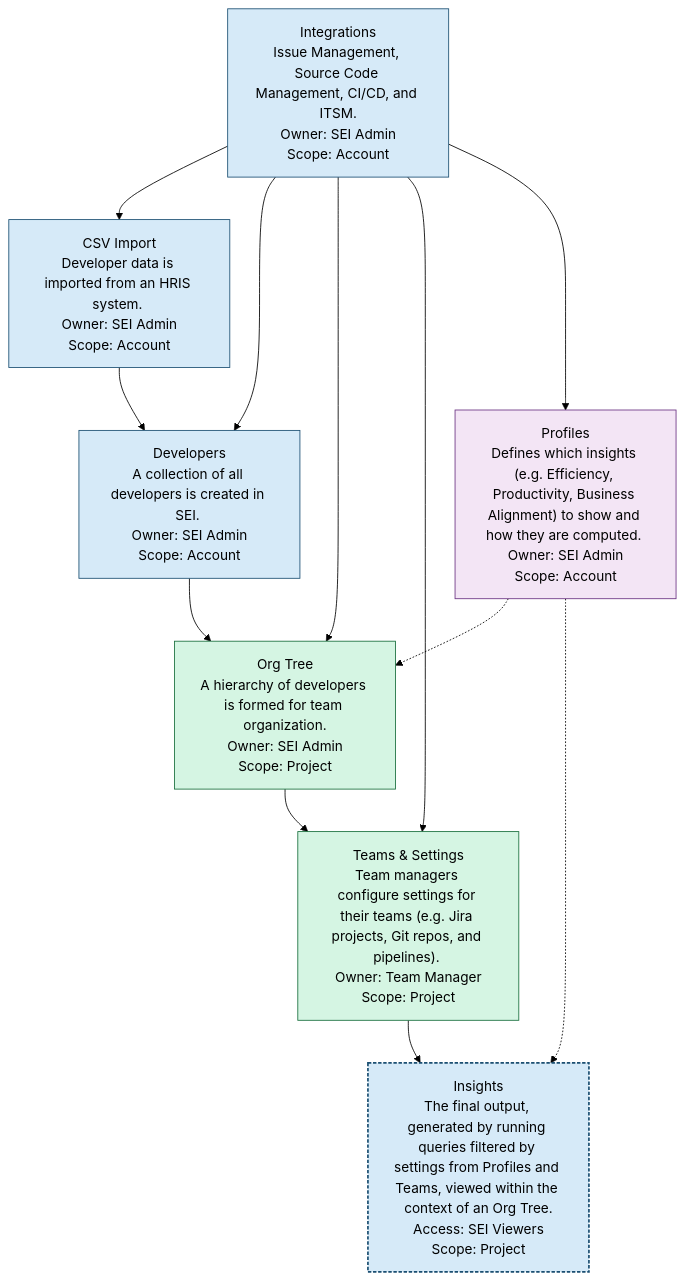
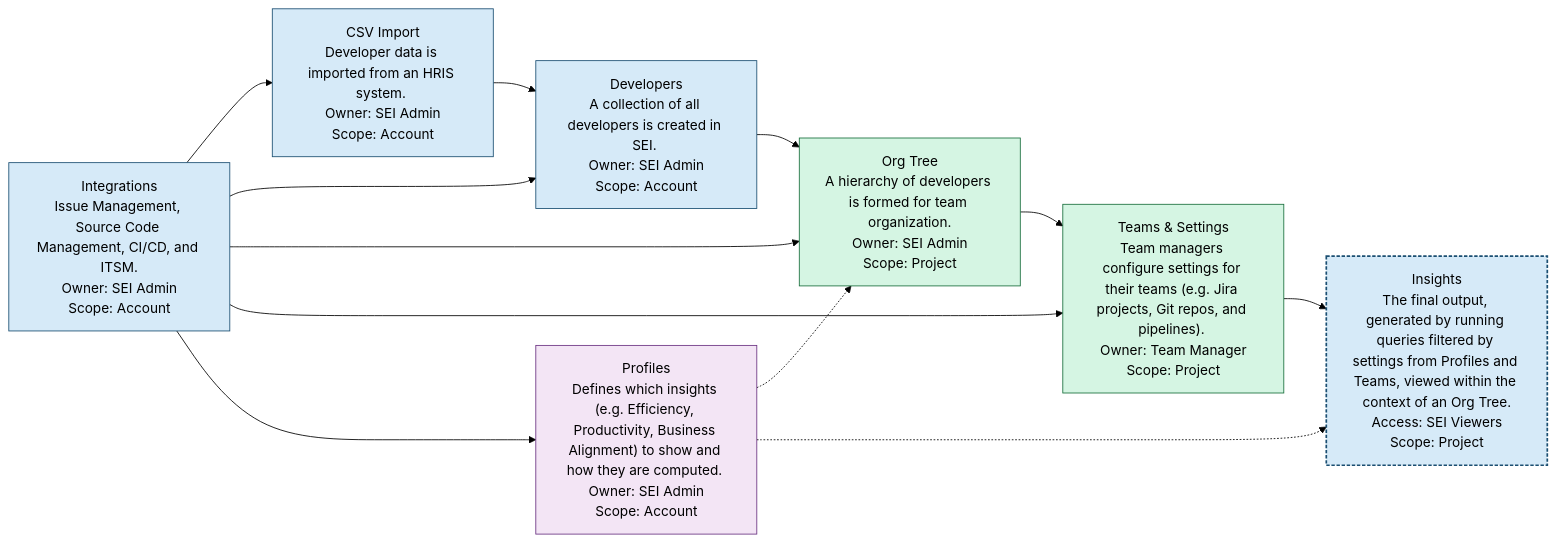
Before and after one commit to harness/developer-hub: the diagram in docs/software-engineering-insights/harness-sei/get-started/sei-key-concepts.md, drawn with Mermaid (forest theme).

Commit message:
Make Horizontal Instead

````diff
--- a/docs/software-engineering-insights/harness-sei/get-started/sei-key-concepts.md
+++ b/docs/software-engineering-insights/harness-sei/get-started/sei-key-concepts.md
@@ -34,27 +34,27 @@
 ```mermaid
-flowchart TD
-    %% Top Row
+flowchart LR
+    %% Left to Right Layout
     A["CSV Import<br>Developer data is imported from an HRIS system. <br>Owner: SEI Admin<br>Scope: Account"] --> B["Developers<br>A collection of all developers is created in SEI. <br>Owner: SEI Admin<br>Scope: Account"] --> C["Org Tree<br>A hierarchy of developers is formed for team organization.<br>Owner: SEI Admin<br>Scope: Project"] --> D["Teams & Settings<br>Team managers configure settings for their teams (e.g. Jira projects, Git repos, and pipelines). <br>Owner: Team Manager<br>Scope: Project"] --> E["Insights<br>The final output, generated by running queries filtered by settings from Profiles and Teams, viewed within the context of an Org Tree.<br>Access: SEI Viewers<br>Scope: Project"]
 
     %% Profiles below Org Tree
     F["Profiles<br>Defines which insights (e.g. Efficiency, Productivity, Business Alignment) to show and how they are computed. <br>Owner: SEI Admin<br>Scope: Account"] -.-> C
     F -.-> E
 
     %% Integrations at the bottom
     G["Integrations<br>Issue Management, Source Code Management, CI/CD, and ITSM.<br>Owner: SEI Admin<br>Scope: Account"] --> A
     G --> B
     G --> C
     G --> D
     G --> F
 
     %% Style
     classDef account fill:#D6EAF8,stroke:#1B4F72,stroke-width:1px;
     classDef project fill:#D5F5E3,stroke:#196F3D,stroke-width:1px;
     classDef profiles fill:#F3E5F5,stroke:#6C3483,stroke-width:1px;
     classDef insights fill:#D6EAF8,stroke:#1B4F72,stroke-width:2px,stroke-dasharray: 4 2;
 
     class A,B,G account
     class C,D project
     class F profiles
     class E insights
 ```
````
